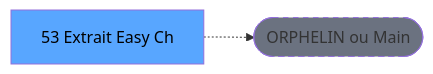
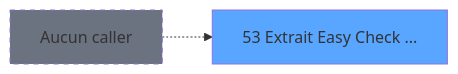
Before and after one commit to thonyAGP/magic-migration: the second of 3 diagrams in .openspec/specs/ADH-IDE-53.md, drawn with Mermaid. The commit also changed other lines of this file and 253 other files, not shown here.

````diff
--- a/.openspec/specs/ADH-IDE-53.md
+++ b/.openspec/specs/ADH-IDE-53.md
@@ -121,8 +298,8 @@
 ```mermaid
 graph LR
-    T[53 Extrait Easy Ch]
-    ORPHAN([ORPHELIN ou Main])
-    T -.-> ORPHAN
-    style T fill:#58a6ff,color:#000
-    style ORPHAN fill:#6b7280,stroke-dasharray: 5 5
+    T53[53 Extrait Easy Check ...]
+    style T53 fill:#58a6ff
+    NONE[Aucun caller]
+    NONE -.-> T53
+    style NONE fill:#6b7280,stroke-dasharray: 5 5
 ```
````
